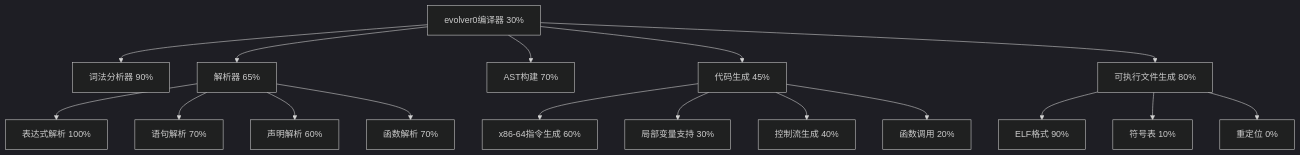
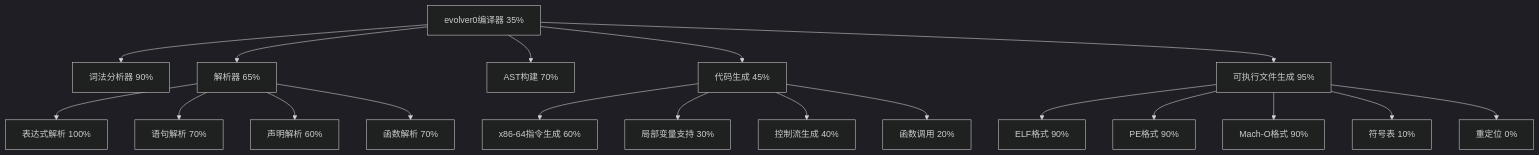
Before and after one commit to wanjochan/self-evolve-ai: the diagram in aitasker.md, drawn with Mermaid (dark theme). The commit also changed other lines of this file and 6 other files, not shown here.

````diff
--- a/aitasker.md
+++ b/aitasker.md
@@ -8,22 +8,24 @@
 ```mermaid
 graph TD
-    A[evolver0编译器 30%] --> B[词法分析器 90%]
+    A[evolver0编译器 35%] --> B[词法分析器 90%]
     A --> C[解析器 65%]
     A --> D[AST构建 70%]
     A --> E[代码生成 45%]
-    A --> F[可执行文件生成 80%]
+    A --> F[可执行文件生成 95%]
     
     C --> C1[表达式解析 100%]
     C --> C2[语句解析 70%]
     C --> C3[声明解析 60%]
     C --> C4[函数解析 70%]
     
     E --> E1[x86-64指令生成 60%]
     E --> E2[局部变量支持 30%]
     E --> E3[控制流生成 40%]
     E --> E4[函数调用 20%]
     
     F --> F1[ELF格式 90%]
-    F --> F2[符号表 10%]
-    F --> F3[重定位 0%]
+    F --> F2[PE格式 90%]
+    F --> F3[Mach-O格式 90%]
+    F --> F4[符号表 10%]
+    F --> F5[重定位 0%]
 ```
````
